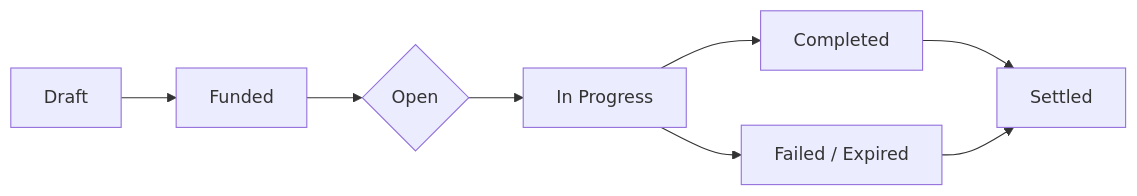
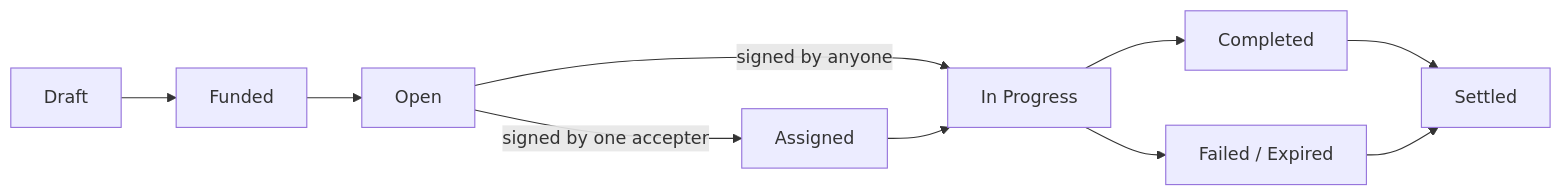
Before and after one commit to tfelix/bestia-docs: the diagram in content/docs/mechanics/questing.md, drawn with Mermaid. The commit also changed other lines of this file and 17 other files, not shown here.

````diff
--- a/content/docs/mechanics/questing.md
+++ b/content/docs/mechanics/questing.md
@@ -23,10 +24,12 @@
 ```mermaid
 graph LR
     A[Draft] --> B[Funded]
-    B --> C{Open}
-    C --> D[In Progress]
-    D --> E[Completed]
-    D --> F[Failed / Expired]
-    E --> G[Settled]
-    F --> G
+    B --> C[Open]
+    C -->|"signed by one accepter"| D[Assigned]
+    C -->|"signed by anyone"| E[In Progress]
+    D --> E
+    E --> F[Completed]
+    E --> G[Failed / Expired]
+    F --> H[Settled]
+    G --> H
 ```
````
